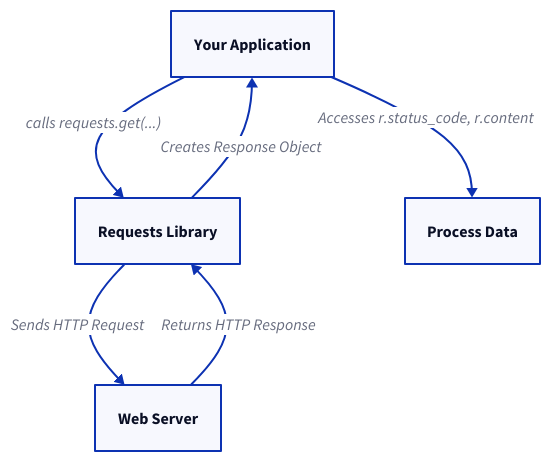
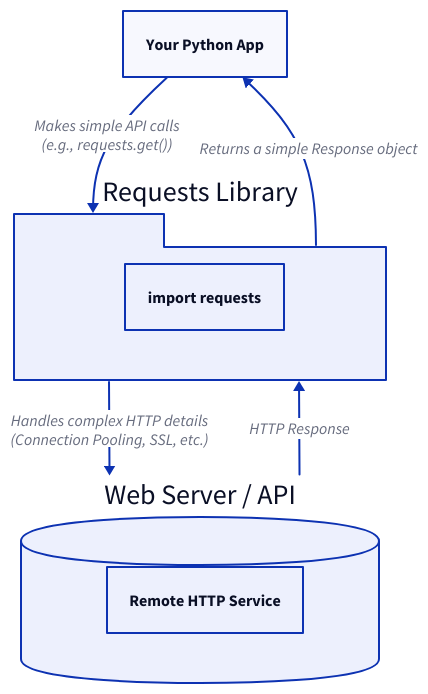
The diagram in .aigne/doc-smith/docs/overview.md (lban2049/requests), drawn with D2 before and after one commit. The commit also changed other lines of this file and 32 other files, not shown here.

````diff
--- a/.aigne/doc-smith/docs/overview.md
+++ b/.aigne/doc-smith/docs/overview.md
@@ -29,14 +9,22 @@
 ```d2
 direction: down
 
-App: "Your Application"
-Lib: "Requests Library"
-Server: "Web Server"
-Process: "Process Data"
+"Your Python App": {
+  shape: rectangle
+}
 
-App -> Lib: "calls requests.get(...)"
-Lib -> Server: "Sends HTTP Request"
-Server -> Lib: "Returns HTTP Response"
-Lib -> App: "Creates Response Object"
-App -> Process: "Accesses r.status_code, r.content"
+"Requests Library": {
+  shape: package
+  "import requests"
+}
+
+"Web Server / API": {
+  shape: cylinder
+  "Remote HTTP Service"
+}
+
+"Your Python App" -> "Requests Library": "Makes simple API calls\n(e.g., requests.get())"
+"Requests Library" -> "Web Server / API": "Handles complex HTTP details\n(Connection Pooling, SSL, etc.)"
+"Web Server / API" -> "Requests Library": "HTTP Response"
+"Requests Library" -> "Your Python App": "Returns a simple Response object"
 ```
````
